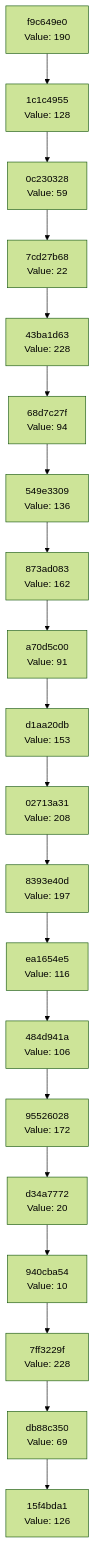
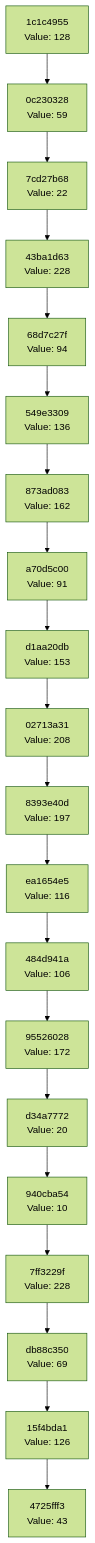
Before and after one commit to Abhisheksinha1506/hash-chain-evolver: the diagram in docs/CHAIN_VISUALIZATION.md, drawn with Mermaid (forest theme). The commit also changed 2 other files, not shown here.

Commit message:
Evolution step: hash 0x2B → action executed

````diff
--- a/docs/CHAIN_VISUALIZATION.md
+++ b/docs/CHAIN_VISUALIZATION.md
@@ -3,42 +3,42 @@
 ```mermaid
 graph TD
-    C0["15f4bda1<br/>Value: 126"]
-    C1["db88c350<br/>Value: 69"]
+    C0["4725fff3<br/>Value: 43"]
+    C1["15f4bda1<br/>Value: 126"]
     C1 --> C0
-    C2["7ff3229f<br/>Value: 228"]
+    C2["db88c350<br/>Value: 69"]
     C2 --> C1
-    C3["940cba54<br/>Value: 10"]
+    C3["7ff3229f<br/>Value: 228"]
     C3 --> C2
-    C4["d34a7772<br/>Value: 20"]
+    C4["940cba54<br/>Value: 10"]
     C4 --> C3
-    C5["95526028<br/>Value: 172"]
+    C5["d34a7772<br/>Value: 20"]
     C5 --> C4
-    C6["484d941a<br/>Value: 106"]
+    C6["95526028<br/>Value: 172"]
     C6 --> C5
-    C7["ea1654e5<br/>Value: 116"]
+    C7["484d941a<br/>Value: 106"]
     C7 --> C6
-    C8["8393e40d<br/>Value: 197"]
+    C8["ea1654e5<br/>Value: 116"]
     C8 --> C7
-    C9["02713a31<br/>Value: 208"]
+    C9["8393e40d<br/>Value: 197"]
     C9 --> C8
-    C10["d1aa20db<br/>Value: 153"]
+    C10["02713a31<br/>Value: 208"]
     C10 --> C9
-    C11["a70d5c00<br/>Value: 91"]
+    C11["d1aa20db<br/>Value: 153"]
     C11 --> C10
-    C12["873ad083<br/>Value: 162"]
+    C12["a70d5c00<br/>Value: 91"]
     C12 --> C11
-    C13["549e3309<br/>Value: 136"]
+    C13["873ad083<br/>Value: 162"]
     C13 --> C12
-    C14["68d7c27f<br/>Value: 94"]
+    C14["549e3309<br/>Value: 136"]
     C14 --> C13
-    C15["43ba1d63<br/>Value: 228"]
+    C15["68d7c27f<br/>Value: 94"]
     C15 --> C14
-    C16["7cd27b68<br/>Value: 22"]
+    C16["43ba1d63<br/>Value: 228"]
     C16 --> C15
-    C17["0c230328<br/>Value: 59"]
+    C17["7cd27b68<br/>Value: 22"]
     C17 --> C16
-    C18["1c1c4955<br/>Value: 128"]
+    C18["0c230328<br/>Value: 59"]
     C18 --> C17
-    C19["f9c649e0<br/>Value: 190"]
+    C19["1c1c4955<br/>Value: 128"]
     C19 --> C18
 ```
````
